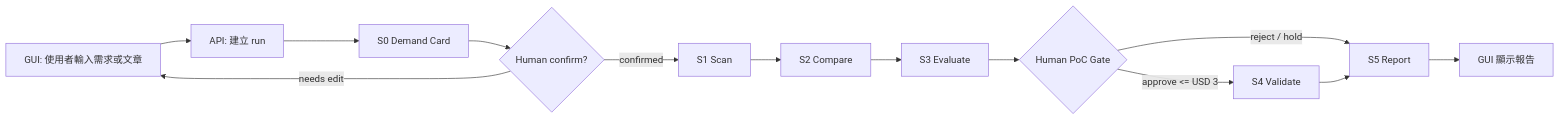
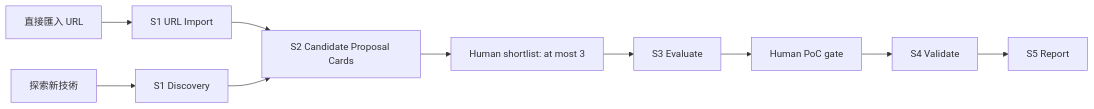
The diagram in radar-redesign/s0-backend-architecture.md (gt52bts-dotcom/internship-tech-radar), drawn with Mermaid before and after one commit. The commit also changed other lines of this file and 16 other files, not shown here.

````diff
--- a/radar-redesign/s0-backend-architecture.md
+++ b/radar-redesign/s0-backend-architecture.md
@@ -18,15 +14,12 @@
 ```mermaid
 flowchart LR
-    A["GUI: 使用者輸入需求或文章"] --> B["API: 建立 run"]
-    B --> C["S0 Demand Card"]
-    C --> D{"Human confirm?"}
-    D -->|needs edit| A
-    D -->|confirmed| E["S1 Scan"]
-    E --> F["S2 Compare"]
-    F --> G["S3 Evaluate"]
-    G --> H{"Human PoC Gate"}
-    H -->|reject / hold| J["S5 Report"]
-    H -->|approve <= USD 3| I["S4 Validate"]
-    I --> J
-    J --> K["GUI 顯示報告"]
+  A["直接匯入 URL"] --> C["S1 URL Import"]
+  B["探索新技術"] --> D["S1 Discovery"]
+  C --> E["S2 Candidate Proposal Cards"]
+  D --> E
+  E --> F["Human shortlist: at most 3"]
+  F --> G["S3 Evaluate"]
+  G --> H["Human PoC gate"]
+  H --> I["S4 Validate"]
+  I --> J["S5 Report"]
 ```
````
